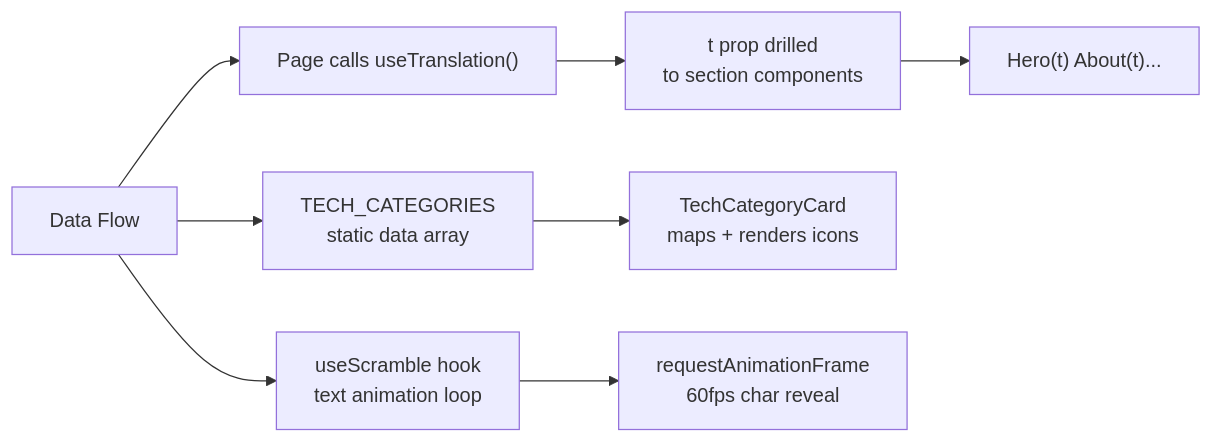
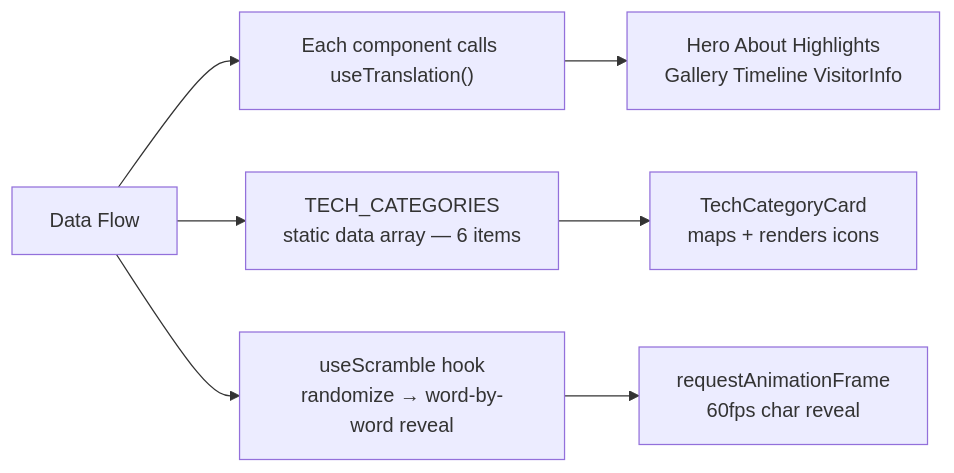
The seventh of 9 diagrams in FLOW.md (SolightzZ/assignment-udonexpo2026), drawn with Mermaid before and after one commit. The commit also changed other lines of this file and 39 other files, not shown here.

````diff
--- a/FLOW.md
+++ b/FLOW.md
@@ -82,10 +88,9 @@
 ```mermaid
 flowchart LR
-    BB["Data Flow"] --> BC["Page calls useTranslation()"]
-    BC --> BD["t prop drilled<br/>to section components"]
-    BD --> BE["Hero(t) About(t)..."]
-    BB --> BF["TECH_CATEGORIES<br/>static data array"]
-    BF --> BG["TechCategoryCard<br/>maps + renders icons"]
-    BB --> BH["useScramble hook<br/>text animation loop"]
-    BH --> BI["requestAnimationFrame<br/>60fps char reveal"]
+    BM["Data Flow"] --> BN["Each component calls useTranslation()"]
+    BN --> BO["Hero About Highlights<br/>Gallery Timeline VisitorInfo"]
+    BM --> BP["TECH_CATEGORIES<br/>static data array — 6 items"]
+    BP --> BQ["TechCategoryCard<br/>maps + renders icons"]
+    BM --> BR["useScramble hook<br/>randomize → word-by-word reveal"]
+    BR --> BS["requestAnimationFrame<br/>60fps char reveal"]
 ```
````
